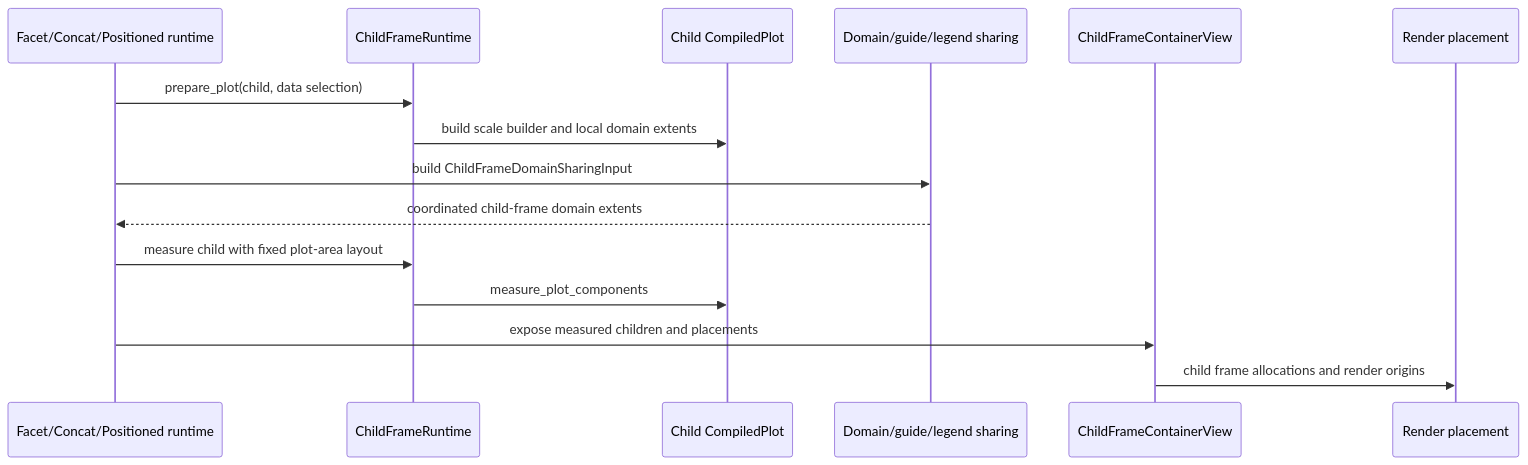
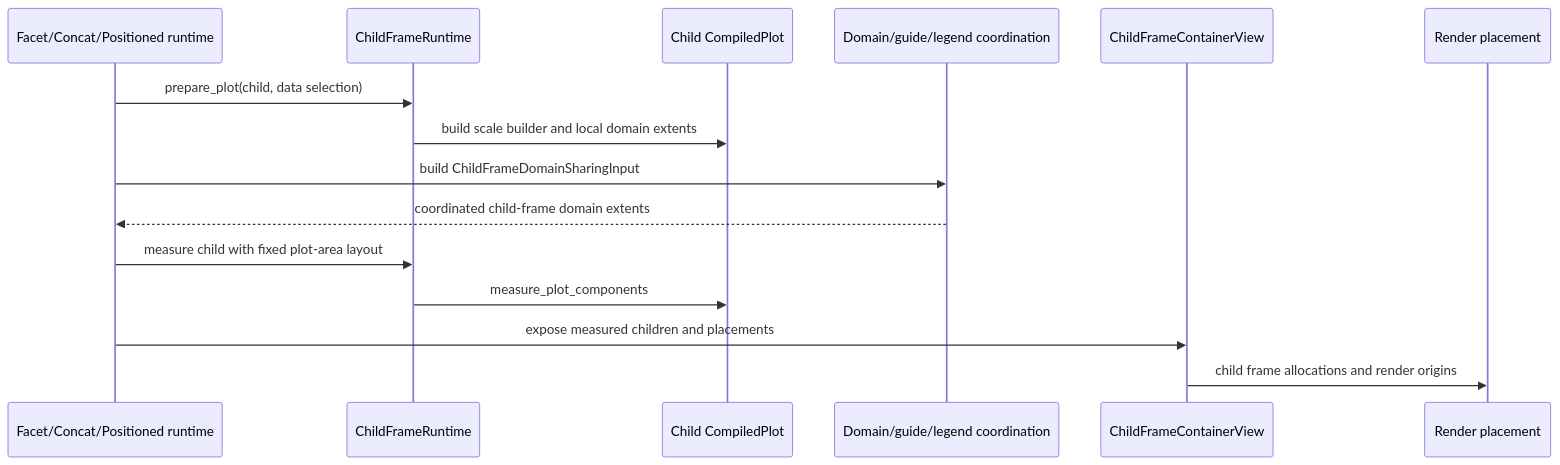
Before and after one commit to jonmmease/avenger: the first of 2 diagrams in avenger-chart/docs/architecture/layout-and-child-frames.md, drawn with Mermaid. The commit also changed other lines of this file and 13 other files, not shown here.

Commit message:
stage 12: update repeat architecture docs

````diff
--- a/avenger-chart/docs/architecture/layout-and-child-frames.md
+++ b/avenger-chart/docs/architecture/layout-and-child-frames.md
@@ -9,18 +9,18 @@
 ```mermaid
 sequenceDiagram
     participant Container as Facet/Concat/Positioned runtime
     participant Runtime as ChildFrameRuntime
     participant Child as Child CompiledPlot
-    participant Sharing as Domain/guide/legend sharing
+    participant Coordination as Domain/guide/legend coordination
     participant View as ChildFrameContainerView
     participant Render as Render placement
 
     Container->>Runtime: prepare_plot(child, data selection)
     Runtime->>Child: build scale builder and local domain extents
-    Container->>Sharing: build ChildFrameDomainSharingInput
-    Sharing-->>Container: coordinated child-frame domain extents
+    Container->>Coordination: build ChildFrameDomainSharingInput
+    Coordination-->>Container: coordinated child-frame domain extents
     Container->>Runtime: measure child with fixed plot-area layout
     Runtime->>Child: measure_plot_components
     Container->>View: expose measured children and placements
     View->>Render: child frame allocations and render origins
 ```
````
